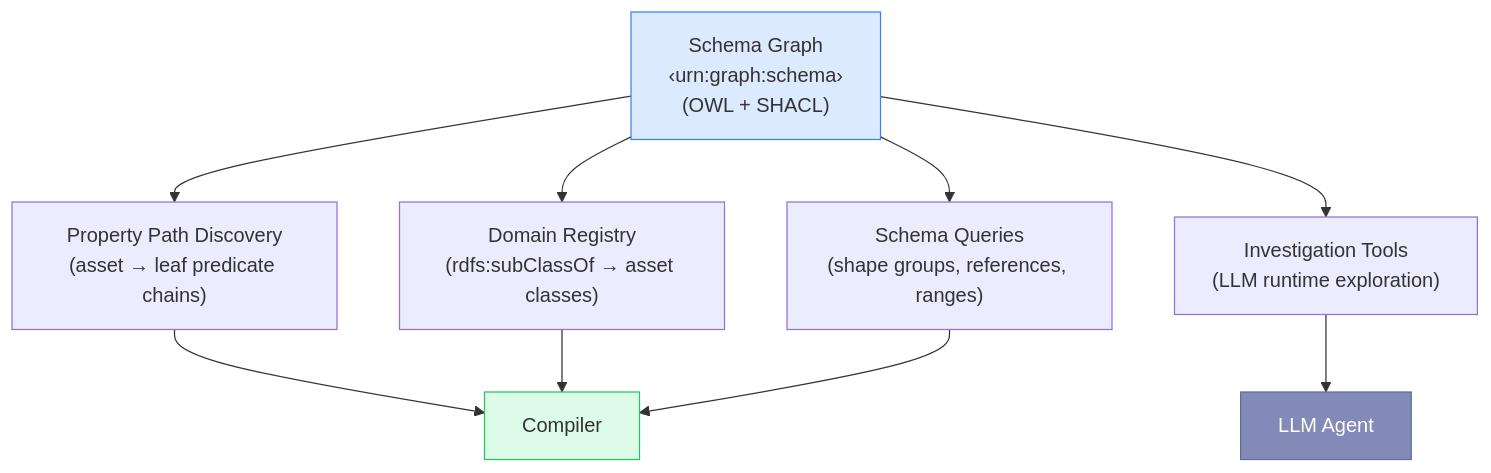
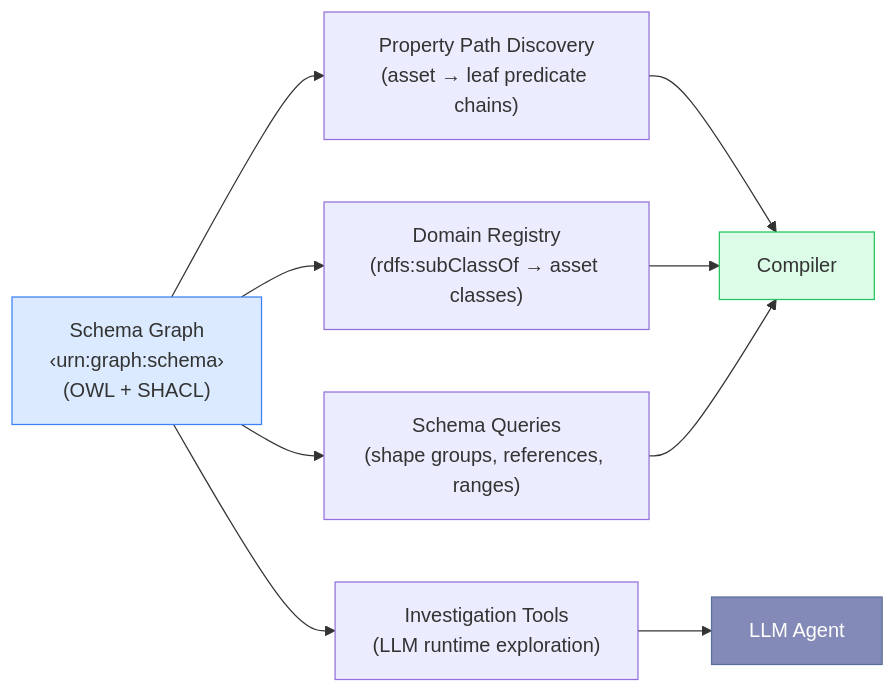
The first of 5 diagrams in apps/docs/generic-design.md (ASCS-eV/ontology-based-nl-search), drawn with Mermaid before and after one commit. The commit also changed 5 other files, not shown here.

First line of the commit message:
docs: make every mermaid diagram legible (layout direction + readability floor)

````diff
--- a/apps/docs/generic-design.md
+++ b/apps/docs/generic-design.md
@@ -15,18 +15,18 @@
 ```mermaid
-graph TD
+graph LR
     SCHEMA["Schema Graph<br/>‹urn:graph:schema›<br/>(OWL + SHACL)"]
 
     SCHEMA --> PD["Property Path Discovery<br/>(asset → leaf predicate chains)"]
     SCHEMA --> DR["Domain Registry<br/>(rdfs:subClassOf → asset classes)"]
     SCHEMA --> SQ["Schema Queries<br/>(shape groups, references, ranges)"]
     SCHEMA --> IT["Investigation Tools<br/>(LLM runtime exploration)"]
 
     PD --> COMP["Compiler"]
     DR --> COMP
     SQ --> COMP
     IT --> LLM["LLM Agent"]
 
     style SCHEMA fill:#dbeafe,stroke:#3b82f6
     style COMP fill:#dcfce7,stroke:#22c55e
     style LLM fill:#848ab7,stroke:#5a6f9f,color:#fff
 ```
````
